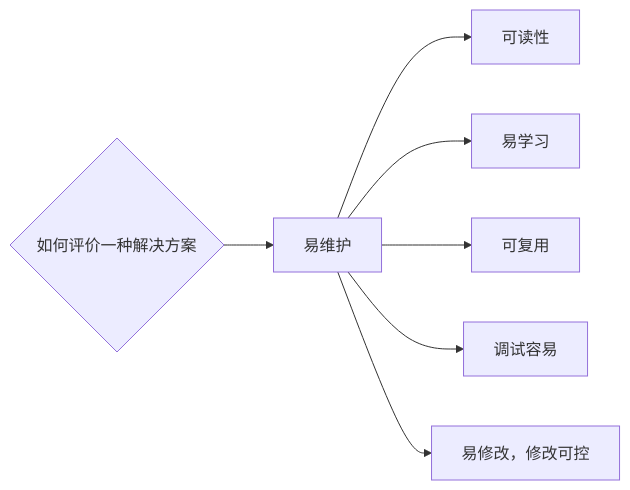
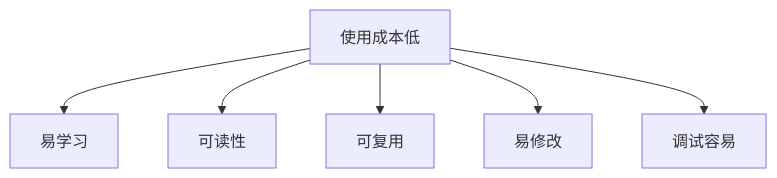
Before and after one commit to jskyzero/design.jskyzero.com: the third of 5 diagrams in _posts/游戏开发/2021-08-18-LevelDesignEditor.md, drawn with Mermaid. The commit also changed other lines of this file and 4 other files, not shown here.

```diff
--- a/_posts/游戏开发/2021-08-18-LevelDesignEditor.md
+++ b/_posts/游戏开发/2021-08-18-LevelDesignEditor.md
@@ -59,10 +125,9 @@
 {% mermaid %}
-graph LR;
-    C{如何评价一种解决方案};
-    C -->E[易维护];
+graph TD;
+    E[使用成本低];
+    E -->E2[易学习];
     E -->E1[可读性];
-    E -->E2[易学习];
     E -->E0[可复用];
+    E -->E4[易修改];
     E -->E3[调试容易];
-    E -->E4["易修改，修改可控"];
 {% endmermaid %}
```
